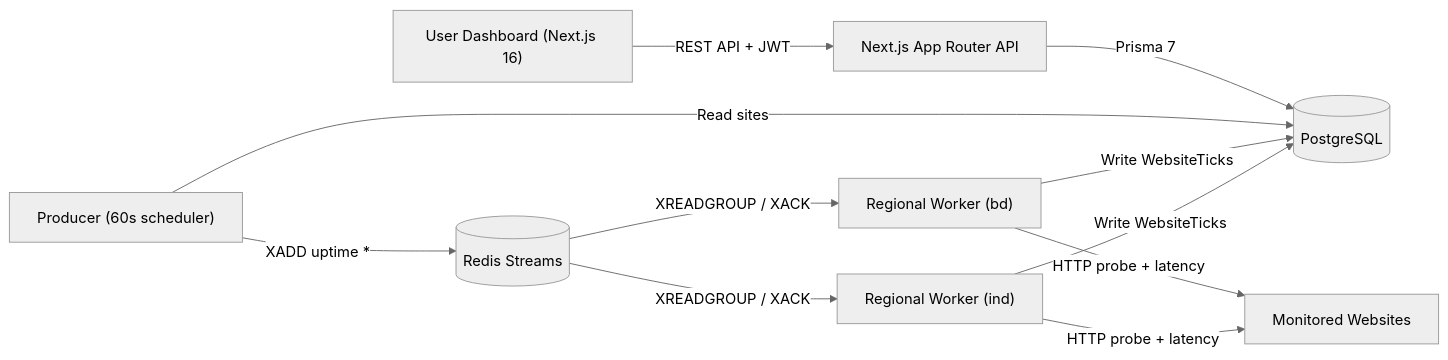
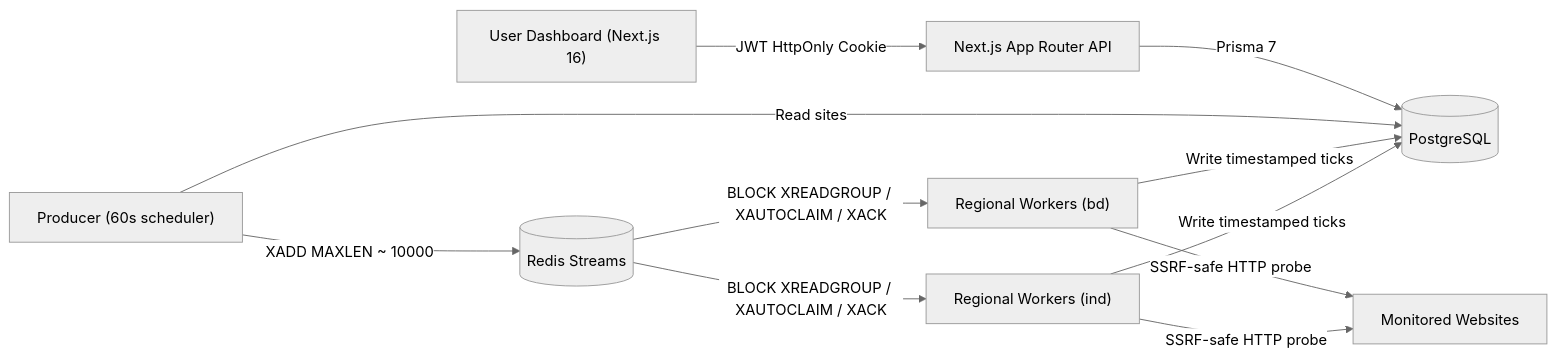
Before and after one commit to M-U-Rony/uptime: the diagram in README.md, drawn with Mermaid (neutral theme). The commit also changed other lines of this file and 35 other files, not shown here.

Commit message:
fix: harden auth, SSRF guard, Redis worker resilience, schema & dashboard UI

````diff
--- a/README.md
+++ b/README.md
@@ -17,13 +17,13 @@
 ```mermaid
 flowchart LR
-    User["User Dashboard (Next.js 16)"] -->|REST API + JWT| API["Next.js App Router API"]
+    User["User Dashboard (Next.js 16)"] -->|JWT HttpOnly Cookie| API["Next.js App Router API"]
     API -->|Prisma 7| PG[(PostgreSQL)]
     Producer["Producer (60s scheduler)"] -->|Read sites| PG
-    Producer -->|XADD uptime *| Redis[(Redis Streams)]
-    Redis -->|XREADGROUP / XACK| W1["Regional Worker (bd)"]
-    Redis -->|XREADGROUP / XACK| W2["Regional Worker (ind)"]
-    W1 -->|HTTP probe + latency| Target["Monitored Websites"]
-    W2 -->|HTTP probe + latency| Target
-    W1 -->|Write WebsiteTicks| PG
-    W2 -->|Write WebsiteTicks| PG
+    Producer -->|XADD MAXLEN ~ 10000| Redis[(Redis Streams)]
+    Redis -->|BLOCK XREADGROUP / XAUTOCLAIM / XACK| W1["Regional Workers (bd)"]
+    Redis -->|BLOCK XREADGROUP / XAUTOCLAIM / XACK| W2["Regional Workers (ind)"]
+    W1 -->|SSRF-safe HTTP probe| Target["Monitored Websites"]
+    W2 -->|SSRF-safe HTTP probe| Target
+    W1 -->|Write timestamped ticks| PG
+    W2 -->|Write timestamped ticks| PG
 ```
````
